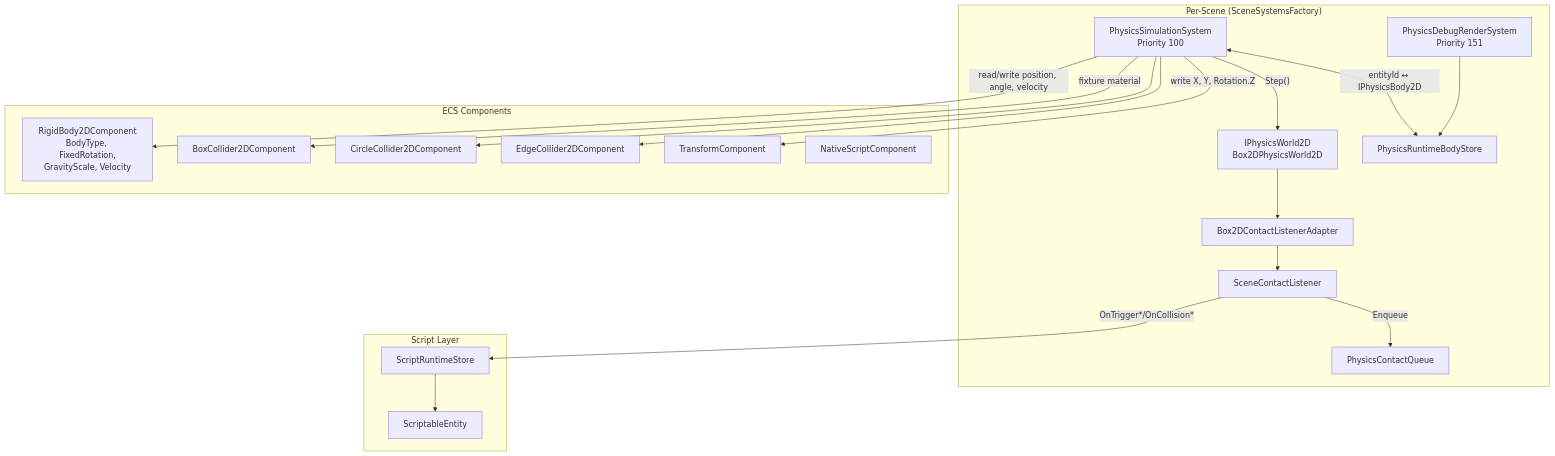
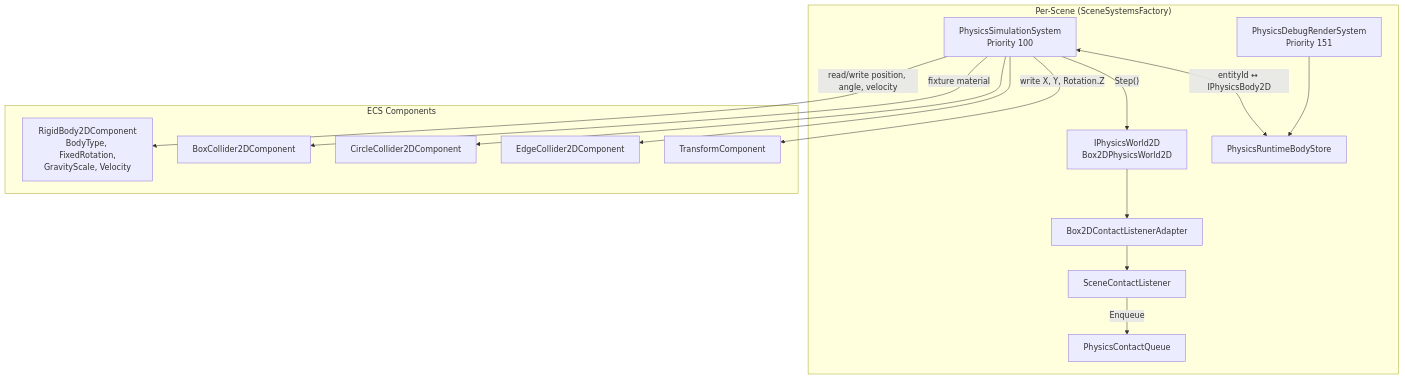
Before and after one commit to kateusz/GameEngine: the first of 4 diagrams in docs/architecture/physics-system.md, drawn with Mermaid. The commit also changed other lines of this file and 85 other files, not shown here.

````diff
--- a/docs/architecture/physics-system.md
+++ b/docs/architecture/physics-system.md
@@ -9,40 +9,32 @@
 ```mermaid
 graph TB
     subgraph "Per-Scene (SceneSystemsFactory)"
         PSS[PhysicsSimulationSystem<br/>Priority 100]
         PDR[PhysicsDebugRenderSystem<br/>Priority 151]
         PW[IPhysicsWorld2D<br/>Box2DPhysicsWorld2D]
         BS[PhysicsRuntimeBodyStore]
         CQ[PhysicsContactQueue]
         SCL[SceneContactListener]
         CLA[Box2DContactListenerAdapter]
     end
 
     subgraph "ECS Components"
         RB[RigidBody2DComponent<br/>BodyType, FixedRotation,<br/>GravityScale, Velocity]
         BC[BoxCollider2DComponent]
         CC[CircleCollider2DComponent]
         EC[EdgeCollider2DComponent]
         TC[TransformComponent]
-        NSC[NativeScriptComponent]
-    end
-
-    subgraph "Script Layer"
-        SRS[ScriptRuntimeStore]
-        SE[ScriptableEntity]
     end
 
     PSS -->|"Step()"| PW
     PW --> CLA
     CLA --> SCL
     SCL -->|"Enqueue"| CQ
-    SCL -->|"OnTrigger*/OnCollision*"| SRS
-    SRS --> SE
     PSS <-->|"entityId ↔ IPhysicsBody2D"| BS
     PSS -->|"read/write position, angle, velocity"| RB
     PSS -->|"write X, Y, Rotation.Z"| TC
     PSS -->|"fixture material"| BC
     PSS --> CC
     PSS --> EC
     PDR --> BS
 ```
````
